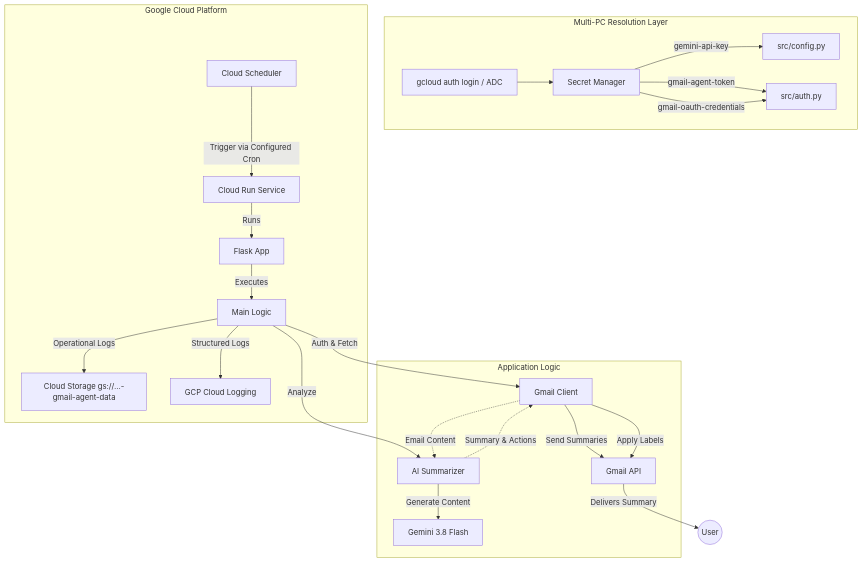
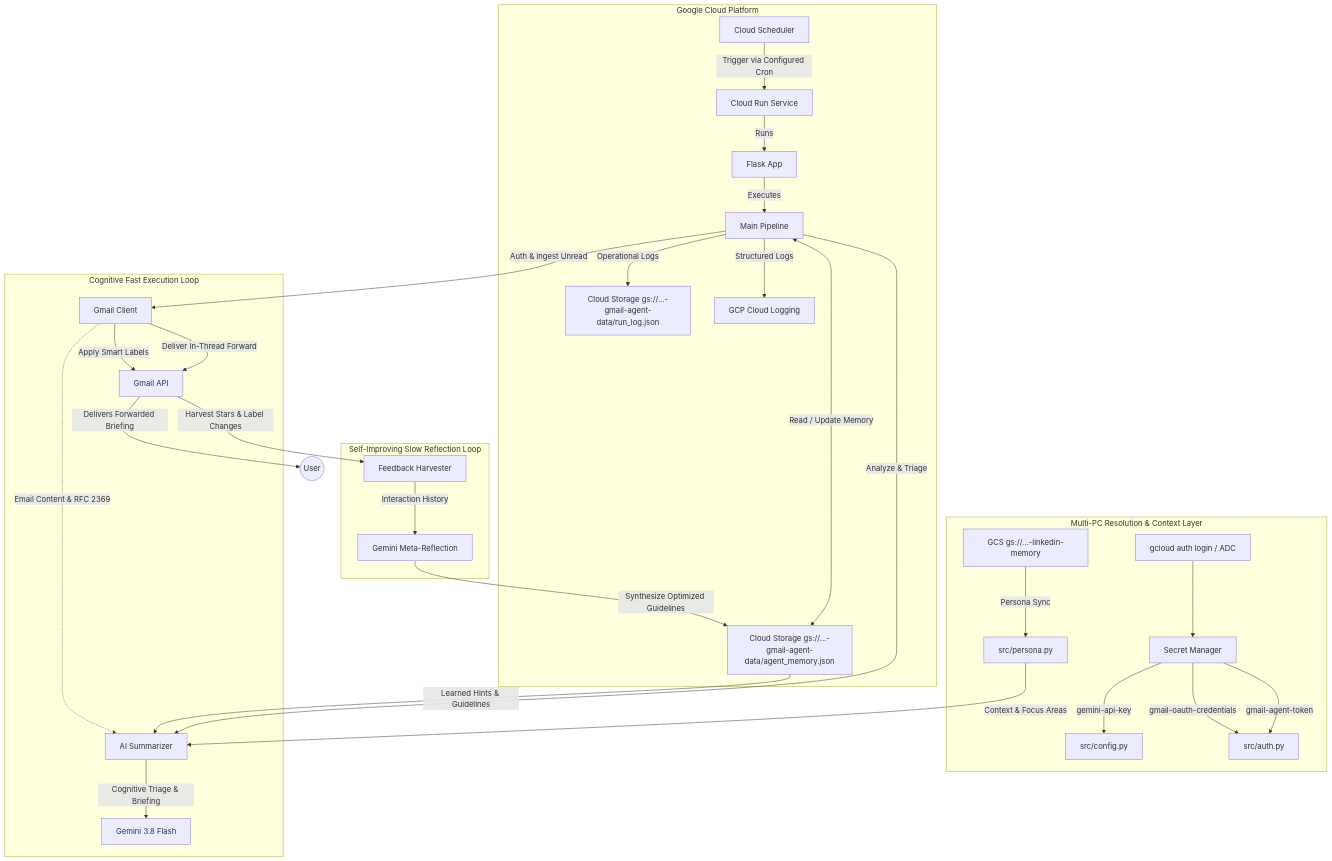
Before and after one commit to henryhyunwookim/gmail-agent: the diagram in README.md, drawn with Mermaid. The commit also changed other lines of this file and 9 other files, not shown here.

First line of the commit message:
feat(agent): implement cognitive triage, adaptive language learning, and self-improving memory

````diff
--- a/README.md
+++ b/README.md
@@ -24,29 +25,38 @@
 ```mermaid
 graph TD
-    subgraph Multi-PC Resolution Layer
+    subgraph Multi-PC Resolution & Context Layer
         GCPAuth[gcloud auth login / ADC] --> SecretMgr[Secret Manager]
         SecretMgr -->|gemini-api-key| Config[src/config.py]
         SecretMgr -->|gmail-agent-token| Auth[src/auth.py]
         SecretMgr -->|gmail-oauth-credentials| Auth
+        GCSMemory[GCS gs://...-linkedin-memory] -->|Persona Sync| Persona[src/persona.py]
     end
 
     subgraph Google Cloud Platform
         Scheduler[Cloud Scheduler] -->|Trigger via Configured Cron| CloudRun[Cloud Run Service]
         CloudRun -->|Runs| App[Flask App]
-        App -->|Executes| Main[Main Logic]
-        Main -->|Operational Logs| GCS[Cloud Storage gs://...-gmail-agent-data]
+        App -->|Executes| Main[Main Pipeline]
+        Main -->|Operational Logs| GCSLogs[Cloud Storage gs://...-gmail-agent-data/run_log.json]
         Main -->|Structured Logs| CloudLogging[GCP Cloud Logging]
+        Main <-->|Read / Update Memory| GCSMem[Cloud Storage gs://...-gmail-agent-data/agent_memory.json]
     end
 
-    subgraph Application Logic
-        Main -->|Auth & Fetch| GmailClient[Gmail Client]
-        Main -->|Analyze| Summarizer[AI Summarizer]
-        Summarizer -.->|Summary & Actions| GmailClient
-        GmailClient -.->|Email Content| Summarizer
-        Summarizer -->|Generate Content| GeminiAPI[Gemini 3.8 Flash]
-        GmailClient -->|Send Summaries| GmailAPI[Gmail API]
-        GmailClient -->|Apply Labels| GmailAPI
+    subgraph Cognitive Fast Execution Loop
+        Main -->|Auth & Ingest Unread| GmailClient[Gmail Client]
+        Main -->|Analyze & Triage| Summarizer[AI Summarizer]
+        Persona -->|Context & Focus Areas| Summarizer
+        GCSMem -->|Learned Hints & Guidelines| Summarizer
+        GmailClient -.->|Email Content & RFC 2369| Summarizer
+        Summarizer -->|Cognitive Triage & Briefing| GeminiAPI[Gemini 3.8 Flash]
+        GmailClient -->|Deliver In-Thread Forward| GmailAPI[Gmail API]
+        GmailClient -->|Apply Smart Labels| GmailAPI
     end
 
-    GmailAPI -->|Delivers Summary| User((User))
+    subgraph Self-Improving Slow Reflection Loop
+        GmailAPI -->|Harvest Stars & Label Changes| FeedbackEngine[Feedback Harvester]
+        FeedbackEngine -->|Interaction History| MetaReflect[Gemini Meta-Reflection]
+        MetaReflect -->|Synthesize Optimized Guidelines| GCSMem
+    end
+
+    GmailAPI -->|Delivers Forwarded Briefing| User((User))
 ```
````
